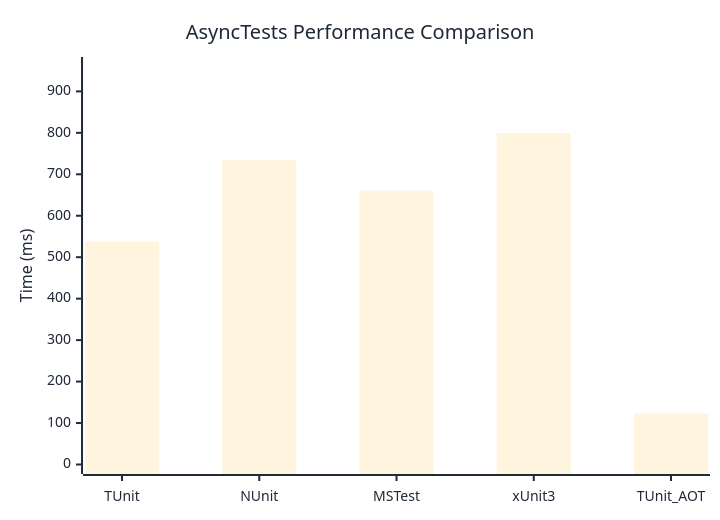
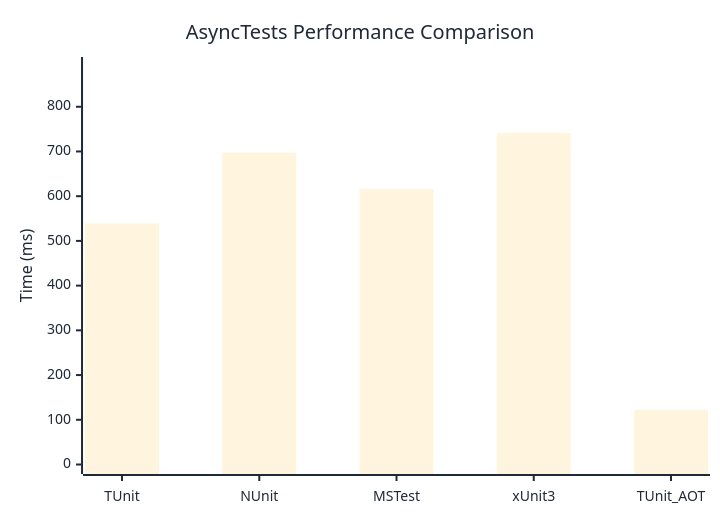
One commit to thomhurst/TUnit changed the diagram in docs/docs/benchmarks/AsyncTests.md. Above: the diagram before and after it, drawn with Mermaid. The commit also changed other lines of this file and 17 other files, not shown here.

````diff
--- a/docs/docs/benchmarks/AsyncTests.md
+++ b/docs/docs/benchmarks/AsyncTests.md
@@ -27,37 +27,37 @@
 ```mermaid
 %%{init: {
   'theme':'base',
   'themeVariables': {
     'primaryColor': '#2563eb',
     'primaryTextColor': '#1f2937',
     'primaryBorderColor': '#1e40af',
     'lineColor': '#6b7280',
     'secondaryColor': '#7c3aed',
     'tertiaryColor': '#dc2626',
     'background': '#ffffff',
     'mainBkg': '#2563eb',
     'secondBkg': '#7c3aed',
     'tertiaryBkg': '#dc2626',
     'clusterBkg': '#f3f4f6',
     'edgeLabelBackground': '#ffffff',
     'tertiaryTextColor': '#1f2937',
     'pie1': '#2563eb',
     'pie2': '#7c3aed',
     'pie3': '#dc2626',
     'pie4': '#f59e0b',
     'pie5': '#10b981',
     'pie6': '#06b6d4',
     'pie7': '#ec4899',
     'pie8': '#6366f1',
     'pie9': '#84cc16',
     'pie10': '#f97316',
     'pie11': '#14b8a6',
     'pie12': '#a855f7'
   }
 }}%%
 xychart-beta
   title "AsyncTests Performance Comparison"
   x-axis ["TUnit", "NUnit", "MSTest", "xUnit3", "TUnit_AOT"]
-  y-axis "Time (ms)" 0 --> 960
-  bar [537.6, 733.9, 660.5, 799.3, 123.1]
+  y-axis "Time (ms)" 0 --> 890
+  bar [538.8, 697.4, 615.8, 741, 122.4]
 ```
````
